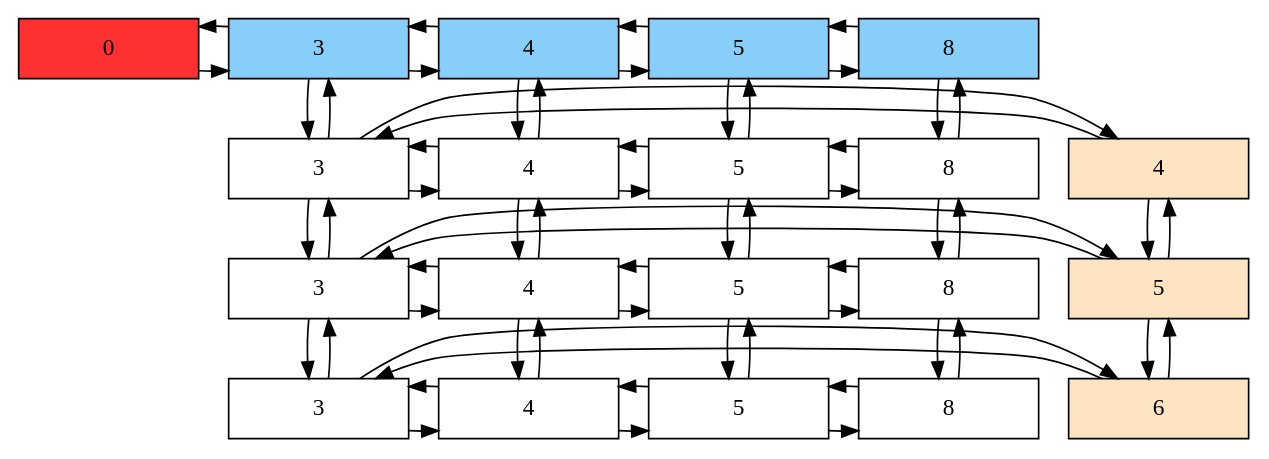
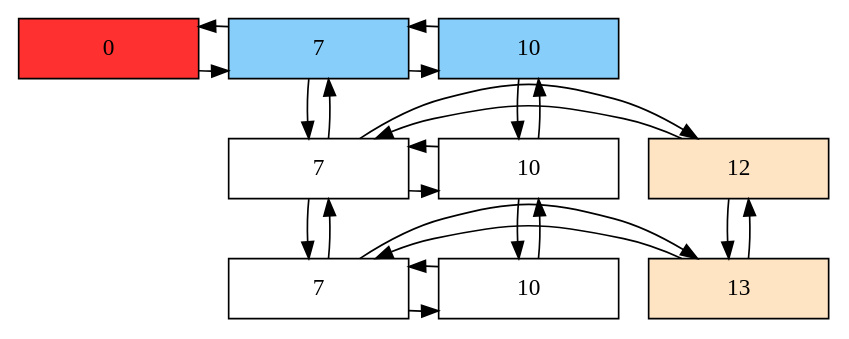
Before and after one commit to EdsonArmando/EDD_2S2019_PY1_201701029: the diagram in matrix.dot, drawn with Graphviz. The commit also changed 113 other files, not shown here.

```diff
--- a/matrix.dot
+++ b/matrix.dot
@@ -1,98 +1,41 @@
 digraph Sparce_Matrix {
  node [shape=box]
   Mt[ label = "0", width = 1.5, style = filled, fillcolor = firebrick1, group = 1 ];
 e0[ shape = point, width = 0 ];
  e1[ shape = point, width = 0 ];
-U4[label = "4" pos = "5.3,3.5!" width = 1.5 style = filled, fillcolor = bisque1, group = 1 ];
-U4 -> N3_L4
-N3_L4 ->U4
-U4 -> U5
-U5 -> U4
-N3_L4 -> N3_L5
-N3_L5 -> N3_L4
-N3_L4[label = "3" width = 1.5, group = 2 ];
-{ rank = same; U4;N3_L4; }
-N3_L4 -> N4_L4
-N4_L4 -> N3_L4
-N4_L4 -> N4_L5
-N4_L5 -> N4_L4
-N4_L4[label = "4" width = 1.5, group = 2 ];
-{ rank = same; U4;N4_L4; }
-N4_L4 -> N5_L4
-N5_L4 -> N4_L4
-N5_L4 -> N5_L5
-N5_L5 -> N5_L4
-N5_L4[label = "5" width = 1.5, group = 2 ];
-{ rank = same; U4;N5_L4; }
-N5_L4 -> N8_L4
-N8_L4 -> N5_L4
-N8_L4 -> N8_L5
-N8_L5 -> N8_L4
-N8_L4[label = "8" width = 1.5, group = 2 ];
-{ rank = same; U4;N8_L4; }
-U5[label = "5" pos = "5.3,3.5!" width = 1.5 style = filled, fillcolor = bisque1, group = 1 ];
-U5 -> N3_L5
-N3_L5 ->U5
-U5 -> U6
-U6 -> U5
-N3_L5 -> N3_L6
-N3_L6 -> N3_L5
-N3_L5[label = "3" width = 1.5, group = 2 ];
-{ rank = same; U5;N3_L5; }
-N3_L5 -> N4_L5
-N4_L5 -> N3_L5
-N4_L5 -> N4_L6
-N4_L6 -> N4_L5
-N4_L5[label = "4" width = 1.5, group = 2 ];
-{ rank = same; U5;N4_L5; }
-N4_L5 -> N5_L5
-N5_L5 -> N4_L5
-N5_L5 -> N5_L6
-N5_L6 -> N5_L5
-N5_L5[label = "5" width = 1.5, group = 2 ];
-{ rank = same; U5;N5_L5; }
-N5_L5 -> N8_L5
-N8_L5 -> N5_L5
-N8_L5 -> N8_L6
-N8_L6 -> N8_L5
-N8_L5[label = "8" width = 1.5, group = 2 ];
-{ rank = same; U5;N8_L5; }
-U6[label = "6" pos = "5.3,3.5!" width = 1.5 style = filled, fillcolor = bisque1, group = 1 ];
-U6 -> N3_L6
-N3_L6 ->U6
-N3_L6[label = "3" width = 1.5, group = 2 ];
-{ rank = same; U6;N3_L6; }
-N3_L6 -> N4_L6
-N4_L6 -> N3_L6
-N4_L6[label = "4" width = 1.5, group = 2 ];
-{ rank = same; U6;N4_L6; }
-N4_L6 -> N5_L6
-N5_L6 -> N4_L6
-N5_L6[label = "5" width = 1.5, group = 2 ];
-{ rank = same; U6;N5_L6; }
-N5_L6 -> N8_L6
-N8_L6 -> N5_L6
-N8_L6[label = "8" width = 1.5, group = 2 ];
-{ rank = same; U6;N8_L6; }
-Mt->A3
-A3->Mt
-A3[label = "3"   width = 1.5 style = filled, fillcolor = lightskyblue, group = 2 ];
-A3 -> N3_L4
-N3_L4 -> A3
-A3 -> A4
-A4 -> A3
-A4[label = "4"   width = 1.5 style = filled, fillcolor = lightskyblue, group = 2 ];
-A4 -> N4_L4
-N4_L4 -> A4
-A4 -> A5
-A5 -> A4
-A5[label = "5"   width = 1.5 style = filled, fillcolor = lightskyblue, group = 2 ];
-A5 -> N5_L4
-N5_L4 -> A5
-A5 -> A8
-A8 -> A5
-A8[label = "8"   width = 1.5 style = filled, fillcolor = lightskyblue, group = 2 ];
-A8 -> N8_L4
-N8_L4 -> A8
- { rank = same; Mt;A3;A4;A5;A8;}
+U12[label = "12" pos = "5.3,3.5!" width = 1.5 style = filled, fillcolor = bisque1, group = 1 ];
+U12 -> N7_L12
+N7_L12 ->U12
+U12 -> U13
+U13 -> U12
+N7_L12 -> N7_L13
+N7_L13 -> N7_L12
+N7_L12[label = "7" width = 1.5, group = 2 ];
+{ rank = same; U12;N7_L12; }
+N7_L12 -> N10_L12
+N10_L12 -> N7_L12
+N10_L12 -> N10_L13
+N10_L13 -> N10_L12
+N10_L12[label = "10" width = 1.5, group = 2 ];
+{ rank = same; U12;N10_L12; }
+U13[label = "13" pos = "5.3,3.5!" width = 1.5 style = filled, fillcolor = bisque1, group = 1 ];
+U13 -> N7_L13
+N7_L13 ->U13
+N7_L13[label = "7" width = 1.5, group = 2 ];
+{ rank = same; U13;N7_L13; }
+N7_L13 -> N10_L13
+N10_L13 -> N7_L13
+N10_L13[label = "10" width = 1.5, group = 2 ];
+{ rank = same; U13;N10_L13; }
+Mt->A7
+A7->Mt
+A7[label = "7"   width = 1.5 style = filled, fillcolor = lightskyblue, group = 2 ];
+A7 -> N7_L12
+N7_L12 -> A7
+A7 -> A10
+A10 -> A7
+A10[label = "10"   width = 1.5 style = filled, fillcolor = lightskyblue, group = 2 ];
+A10 -> N10_L12
+N10_L12 -> A10
+ { rank = same; Mt;A7;A10;}
 }
```
